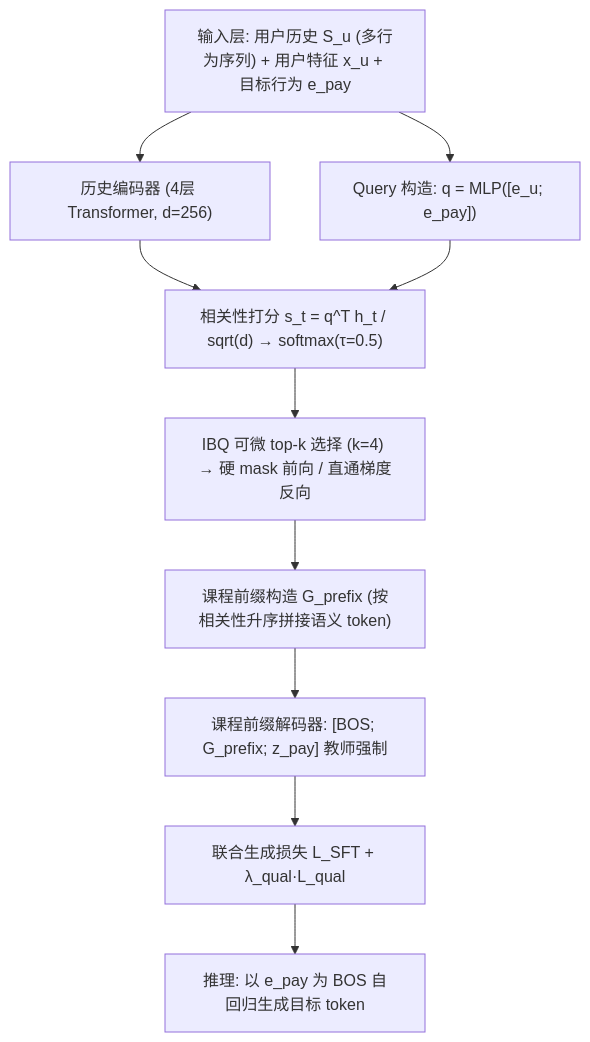
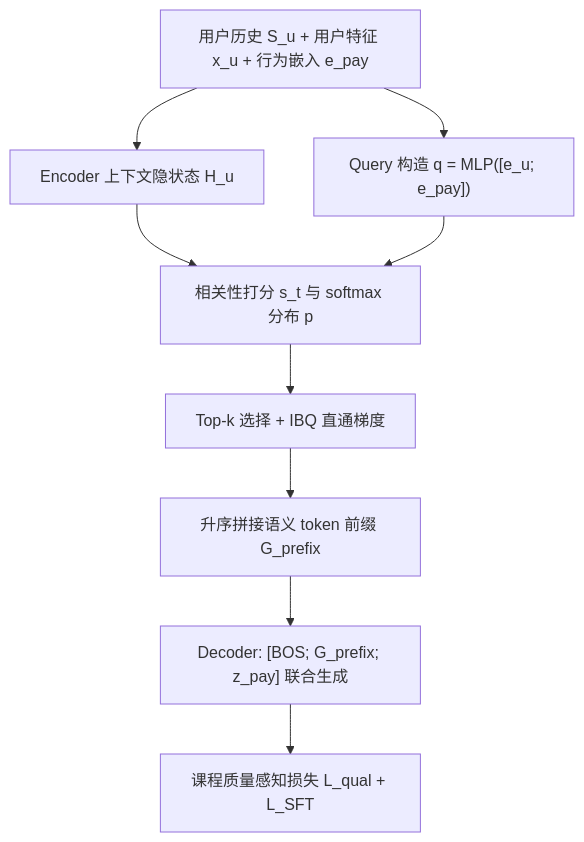
The diagram in docs/venues/SIGIR/2026/generative_rec/rclrec_reverse_curriculum_learning_for_modeling_sparse_conversions_in_gener.md (jbdcia321vw/Paper-Notes), drawn with Mermaid before and after one commit. The commit also changed other lines of this file and 1119 other files, not shown here.

````diff
--- a/docs/venues/SIGIR/2026/generative_rec/rclrec_reverse_curriculum_learning_for_modeling_sparse_conversions_in_gener.md
+++ b/docs/venues/SIGIR/2026/generative_rec/rclrec_reverse_curriculum_learning_for_modeling_sparse_conversions_in_gener.md
@@ -57,12 +46,11 @@
 ```mermaid
 flowchart TD
-    A["输入层: 用户历史 S_u (多行为序列) + 用户特征 x_u + 目标行为 e_pay"] --> B["历史编码器 (4层 Transformer, d=256)"]
-    A --> C["Query 构造: q = MLP([e_u; e_pay])"]
-    B --> D["相关性打分 s_t = q^T h_t / sqrt(d) → softmax(τ=0.5)"]
+    A["用户历史 S_u + 用户特征 x_u + 行为嵌入 e_pay"] --> B["Encoder 上下文隐状态 H_u"]
+    A --> C["Query 构造 q = MLP([e_u; e_pay])"]
+    B --> D["相关性打分 s_t 与 softmax 分布 p"]
     C --> D
-    D --> E["IBQ 可微 top-k 选择 (k=4) → 硬 mask 前向 / 直通梯度反向"]
-    E --> F["课程前缀构造 G_prefix (按相关性升序拼接语义 token)"]
-    F --> G["课程前缀解码器: [BOS; G_prefix; z_pay] 教师强制"]
-    G --> H["联合生成损失 L_SFT + λ_qual·L_qual"]
-    H --> I["推理: 以 e_pay 为 BOS 自回归生成目标 token"]
+    D --> E["Top-k 选择 + IBQ 直通梯度"]
+    E --> F["升序拼接语义 token 前缀 G_prefix"]
+    F --> G["Decoder: [BOS; G_prefix; z_pay] 联合生成"]
+    G --> H["课程质量感知损失 L_qual + L_SFT"]
 ```
````
